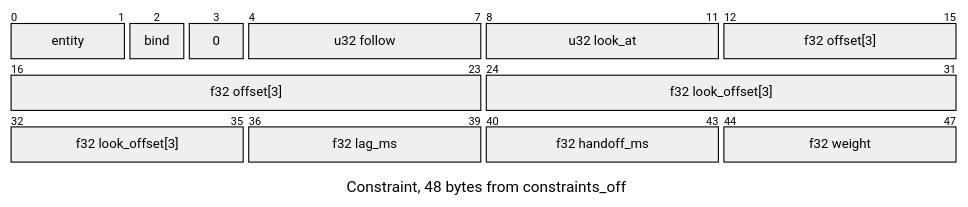
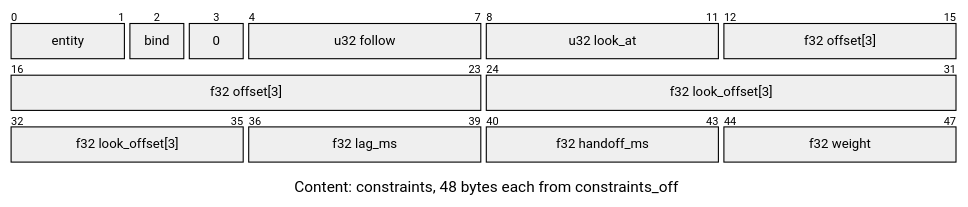
Diagram 17 of 19 in docs/assets/formats/SCNE.md (jose-villegas/autana), drawn with Mermaid before and after one commit. The commit also changed other lines of this file and 19 other files, not shown here.

Commit message:
scene: enforce timeline field ownership and playback boundaries

````diff
--- a/docs/assets/formats/SCNE.md
+++ b/docs/assets/formats/SCNE.md
@@ -319,21 +280,21 @@
 ```mermaid
 ---
 config:
   themeCSS: "g:nth-of-type(2) rect:nth-of-type(1) { fill: #e3e3e3 !important; } g:nth-of-type(2) rect:nth-of-type(2) { fill: #c7aaee !important; } g:nth-of-type(2) rect:nth-of-type(3) { fill: #ffffff !important; stroke-dasharray: 4 3 !important; } g:nth-of-type(2) rect:nth-of-type(4) { fill: #e3e3e3 !important; } g:nth-of-type(2) rect:nth-of-type(5) { fill: #e3e3e3 !important; } g:nth-of-type(2) rect:nth-of-type(6) { fill: #e3e3e3 !important; } g:nth-of-type(3) rect:nth-of-type(1) { fill: #e3e3e3 !important; } g:nth-of-type(3) rect:nth-of-type(2) { fill: #e3e3e3 !important; } g:nth-of-type(4) rect:nth-of-type(1) { fill: #e3e3e3 !important; } g:nth-of-type(4) rect:nth-of-type(2) { fill: #e3e3e3 !important; } g:nth-of-type(4) rect:nth-of-type(3) { fill: #e3e3e3 !important; } g:nth-of-type(4) rect:nth-of-type(4) { fill: #e3e3e3 !important; } .packetLabel { fill: #1b1b1b !important; }"
   packet:
     bitsPerRow: 16
     bitWidth: 54
 ---
 packet-beta
-title Constraint, 48 bytes from constraints_off
+title Content: constraints, 48 bytes each from constraints_off
 0-1: "entity"
 2: "bind"
 3: "0"
 4-7: "u32 follow"
 8-11: "u32 look_at"
 12-23: "f32 offset[3]"
 24-35: "f32 look_offset[3]"
 36-39: "f32 lag_ms"
 40-43: "f32 handoff_ms"
 44-47: "f32 weight"
 ```
````
